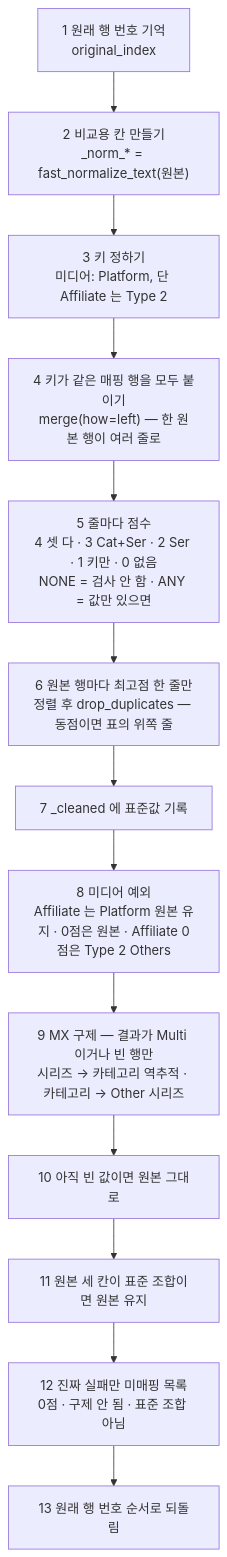
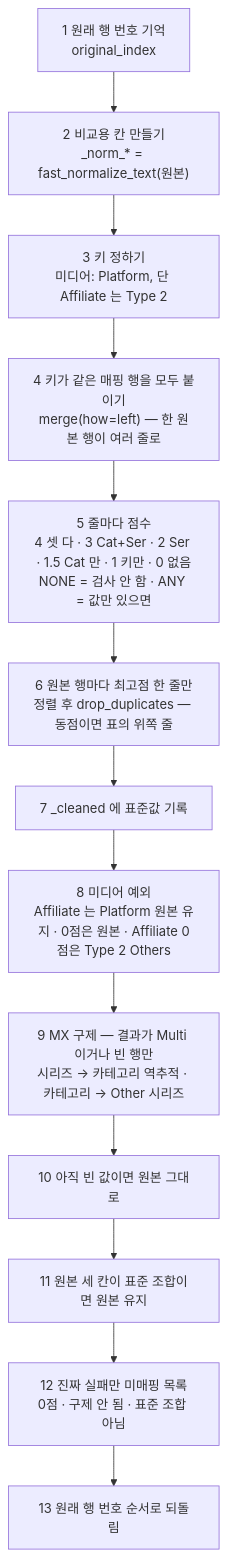
Before and after one commit to Gyeomheo/gmo-cleansing-system: the third of 5 diagrams in docs/클렌징 자동화 설명.md, drawn with Mermaid. The commit also changed other lines of this file and 6 other files, not shown here.

````diff
--- a/docs/클렌징 자동화 설명.md
+++ b/docs/클렌징 자동화 설명.md
@@ -192,15 +192,15 @@
 ```mermaid
 flowchart TD
   S1["1 원래 행 번호 기억<br/>original_index"] --> S2["2 비교용 칸 만들기<br/>_norm_* = fast_normalize_text(원본)"]
   S2 --> S3["3 키 정하기<br/>미디어: Platform, 단 Affiliate 는 Type 2"]
   S3 --> S4["4 키가 같은 매핑 행을 모두 붙이기<br/>merge(how=left) — 한 원본 행이 여러 줄로"]
-  S4 --> S5["5 줄마다 점수<br/>4 셋 다 · 3 Cat+Ser · 2 Ser · 1 키만 · 0 없음<br/>NONE = 검사 안 함 · ANY = 값만 있으면"]
+  S4 --> S5["5 줄마다 점수<br/>4 셋 다 · 3 Cat+Ser · 2 Ser · 1.5 Cat 만 · 1 키만 · 0 없음<br/>NONE = 검사 안 함 · ANY = 값만 있으면"]
   S5 --> S6["6 원본 행마다 최고점 한 줄만<br/>정렬 후 drop_duplicates — 동점이면 표의 위쪽 줄"]
   S6 --> S7["7 _cleaned 에 표준값 기록"]
   S7 --> S8["8 미디어 예외<br/>Affiliate 는 Platform 원본 유지 · 0점은 원본 · Affiliate 0점은 Type 2 Others"]
   S8 --> S9["9 MX 구제 — 결과가 Multi 이거나 빈 행만<br/>시리즈 → 카테고리 역추적 · 카테고리 → Other 시리즈"]
   S9 --> S10["10 아직 빈 값이면 원본 그대로"]
   S10 --> S11["11 원본 세 칸이 표준 조합이면 원본 유지"]
   S11 --> S12["12 진짜 실패만 미매핑 목록<br/>0점 · 구제 안 됨 · 표준 조합 아님"]
   S12 --> S13["13 원래 행 번호 순서로 되돌림"]
 ```
````
